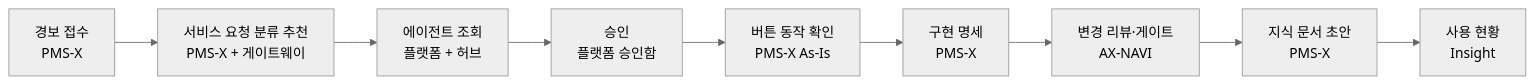
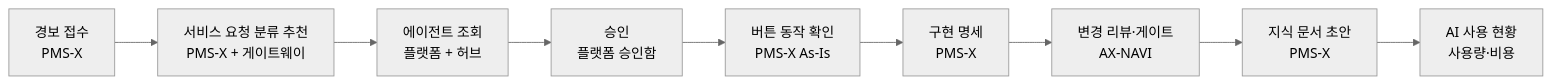
One commit to Malburi/hnix-ax-site changed the diagram in getting-started/scenario.md. Above: the diagram before and after it, drawn with Mermaid (neutral theme). The commit also changed other lines of this file and 45 other files, not shown here.

````diff
--- a/getting-started/scenario.md
+++ b/getting-started/scenario.md
@@ -5,11 +5,11 @@
 ```mermaid
 flowchart LR
     A["경보 접수<br/>PMS-X"] --> B["서비스 요청 분류 추천<br/>PMS-X + 게이트웨이"]
     B --> C["에이전트 조회<br/>플랫폼 + 허브"]
     C --> D["승인<br/>플랫폼 승인함"]
     D --> E["버튼 동작 확인<br/>PMS-X As-Is"]
     E --> F["구현 명세<br/>PMS-X"]
     F --> G["변경 리뷰·게이트<br/>AX-NAVI"]
     G --> H["지식 문서 초안<br/>PMS-X"]
-    H --> I["사용 현황<br/>Insight"]
+    H --> I["AI 사용 현황<br/>사용량·비용"]
 ```
````
